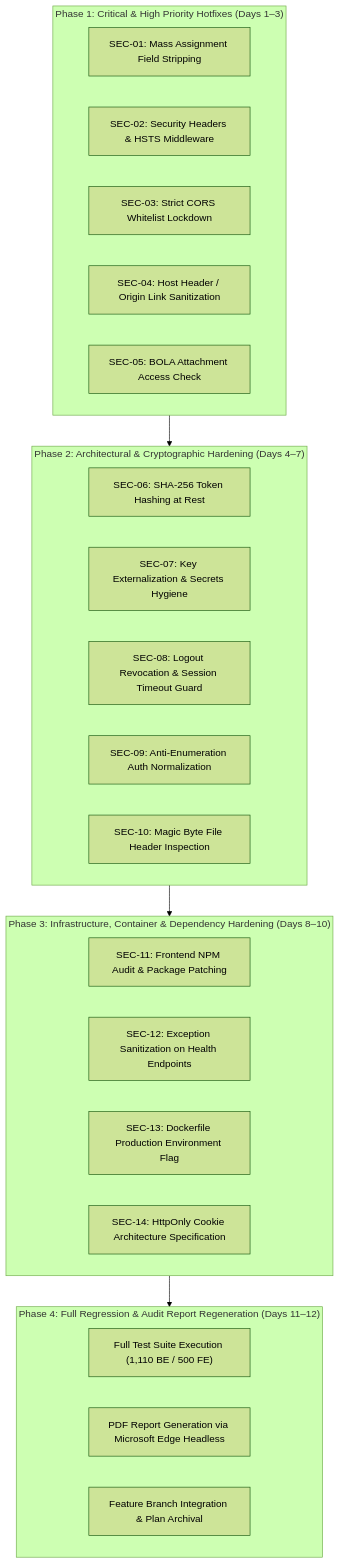
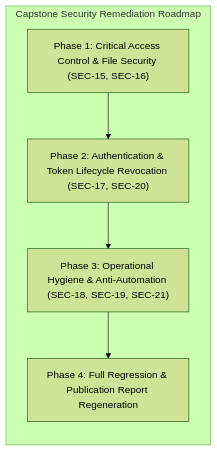
Before and after one commit to FourDirections-Capstone-Organization/STARS: the second of 2 diagrams in docs/SECURITY_AUDIT_REPORT.md, drawn with Mermaid (forest theme). The commit also changed other lines of this file and 4 other files, not shown here.

Commit message:
docs: establish Capstone security audit report and remediation plan

````diff
--- a/docs/SECURITY_AUDIT_REPORT.md
+++ b/docs/SECURITY_AUDIT_REPORT.md
@@ -239,35 +175,14 @@
 ```mermaid
 flowchart TD
-    subgraph Phase1["Phase 1: Critical & High Priority Hotfixes (Days 1–3)"]
-        S01["SEC-01: Mass Assignment Field Stripping"]
-        S02["SEC-02: Security Headers & HSTS Middleware"]
-        S03["SEC-03: Strict CORS Whitelist Lockdown"]
-        S04["SEC-04: Host Header / Origin Link Sanitization"]
-        S05["SEC-05: BOLA Attachment Access Check"]
+    subgraph CapstoneRemediation["Capstone Security Remediation Roadmap"]
+        direction TB
+        R1["Phase 1: Critical Access Control & File Security (SEC-15, SEC-16)"]
+        R2["Phase 2: Authentication & Token Lifecycle Revocation (SEC-17, SEC-20)"]
+        R3["Phase 3: Operational Hygiene & Anti-Automation (SEC-18, SEC-19, SEC-21)"]
+        R4["Phase 4: Full Regression & Publication Report Regeneration"]
+
+        R1 --> R2
+        R2 --> R3
+        R3 --> R4
     end
-
-    subgraph Phase2["Phase 2: Architectural & Cryptographic Hardening (Days 4–7)"]
-        S06["SEC-06: SHA-256 Token Hashing at Rest"]
-        S07["SEC-07: Key Externalization & Secrets Hygiene"]
-        S08["SEC-08: Logout Revocation & Session Timeout Guard"]
-        S09["SEC-09: Anti-Enumeration Auth Normalization"]
-        S10["SEC-10: Magic Byte File Header Inspection"]
-    end
-
-    subgraph Phase3["Phase 3: Infrastructure, Container & Dependency Hardening (Days 8–10)"]
-        S11["SEC-11: Frontend NPM Audit & Package Patching"]
-        S12["SEC-12: Exception Sanitization on Health Endpoints"]
-        S13["SEC-13: Dockerfile Production Environment Flag"]
-        S14["SEC-14: HttpOnly Cookie Architecture Specification"]
-    end
-
-    subgraph Phase4["Phase 4: Full Regression & Audit Report Regeneration (Days 11–12)"]
-        S15["Full Test Suite Execution (1,110 BE / 500 FE)"]
-        S16["PDF Report Generation via Microsoft Edge Headless"]
-        S17["Feature Branch Integration & Plan Archival"]
-    end
-
-    Phase1 --> Phase2
-    Phase2 --> Phase3
-    Phase3 --> Phase4
 ```
````
